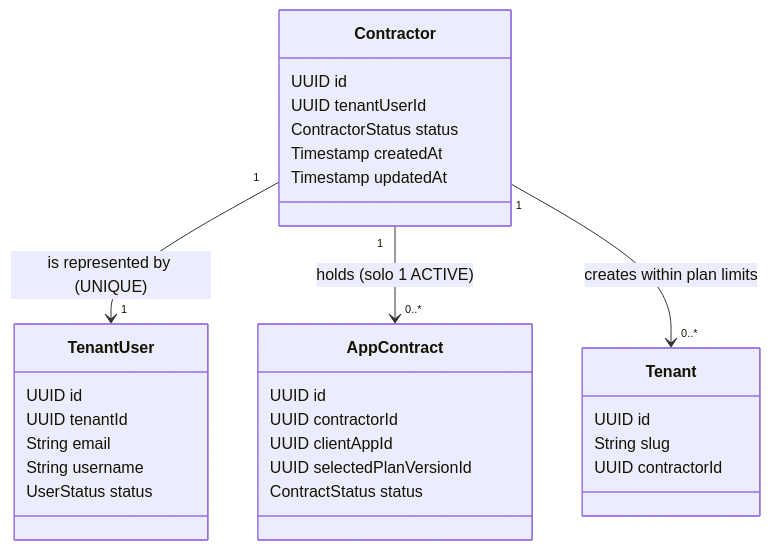
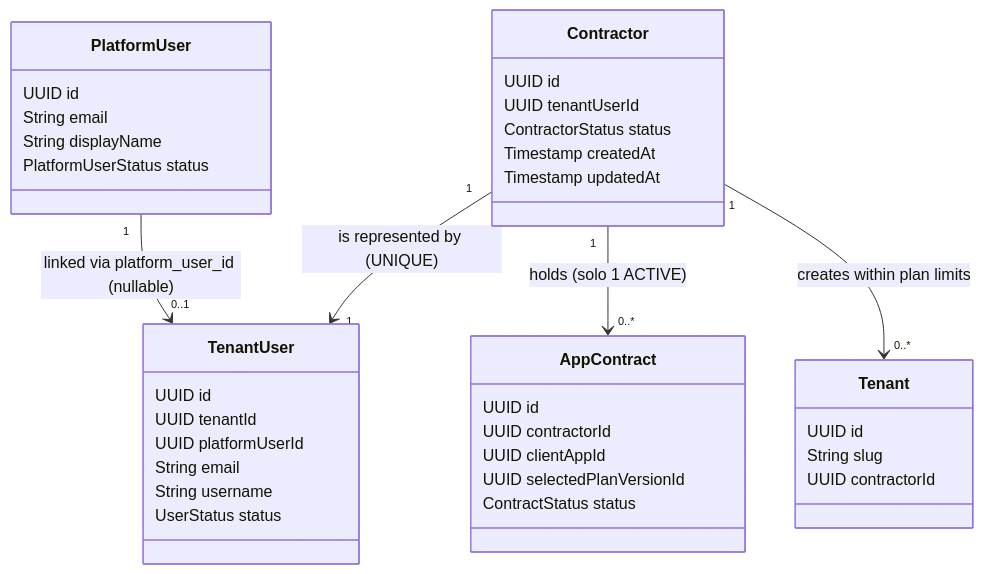
The first of 10 diagrams in docs/BILLING_FLOW.md (cmartinezs/keygo-web-ui), drawn with Mermaid before and after one commit. The commit also changed other lines of this file and 39 other files, not shown here.

````diff
--- a/docs/BILLING_FLOW.md
+++ b/docs/BILLING_FLOW.md
@@ -48,36 +50,45 @@
 ```mermaid
 classDiagram
+    class PlatformUser {
+        UUID id
+        String email
+        String displayName
+        PlatformUserStatus status
+    }
+
+    class TenantUser {
+        UUID id
+        UUID tenantId
+        UUID platformUserId
+        String email
+        String username
+        UserStatus status
+    }
+
     class Contractor {
         UUID id
         UUID tenantUserId
         ContractorStatus status
         Timestamp createdAt
         Timestamp updatedAt
-    }
-
-    class TenantUser {
-        UUID id
-        UUID tenantId
-        String email
-        String username
-        UserStatus status
     }
 
     class AppContract {
         UUID id
         UUID contractorId
         UUID clientAppId
         UUID selectedPlanVersionId
         ContractStatus status
     }
 
     class Tenant {
         UUID id
         String slug
         UUID contractorId
     }
 
+    PlatformUser "1" --> "0..1" TenantUser : linked via platform_user_id (nullable)
     Contractor "1" --> "1" TenantUser : is represented by (UNIQUE)
     Contractor "1" --> "0..*" AppContract : holds (solo 1 ACTIVE)
     Contractor "1" --> "0..*" Tenant : creates within plan limits
 ```
````
